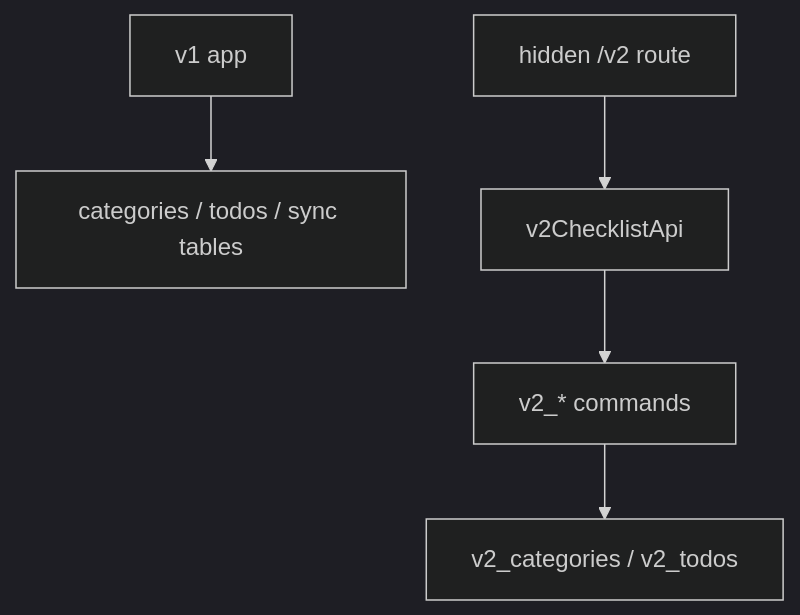
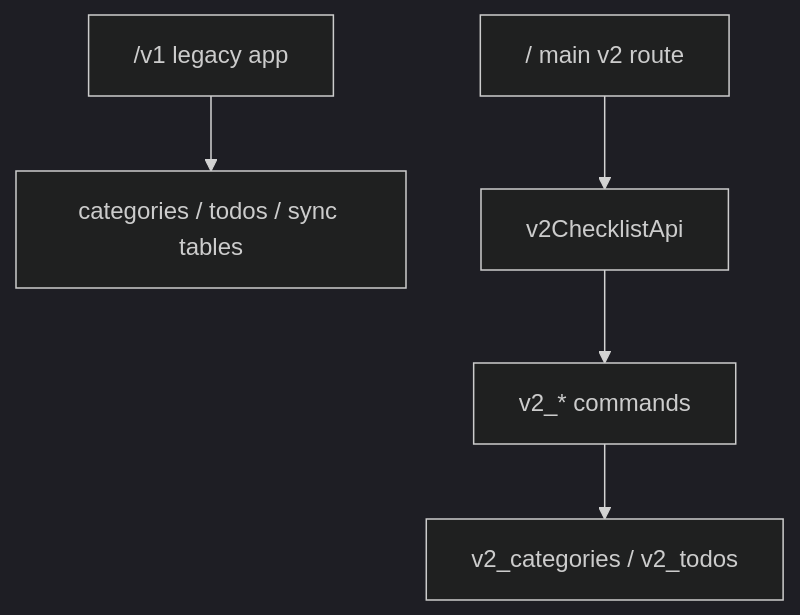
The second of 3 diagrams in docs/v2-notes/001-local-checklist-boundary.md (U-Keun/Tickly), drawn with Mermaid (dark theme) before and after one commit. The commit also changed other lines of this file and 41 other files, not shown here.

````diff
--- a/docs/v2-notes/001-local-checklist-boundary.md
+++ b/docs/v2-notes/001-local-checklist-boundary.md
@@ -23,7 +23,7 @@
 ```mermaid
 flowchart TB
-  V1["v1 app"] --> V1Tables["categories / todos / sync tables"]
-  V2["hidden /v2 route"] --> V2Api["v2ChecklistApi"]
+  V1["/v1 legacy app"] --> V1Tables["categories / todos / sync tables"]
+  V2["/ main v2 route"] --> V2Api["v2ChecklistApi"]
   V2Api --> V2Commands["v2_* commands"]
   V2Commands --> V2Tables["v2_categories / v2_todos"]
 ```
````
